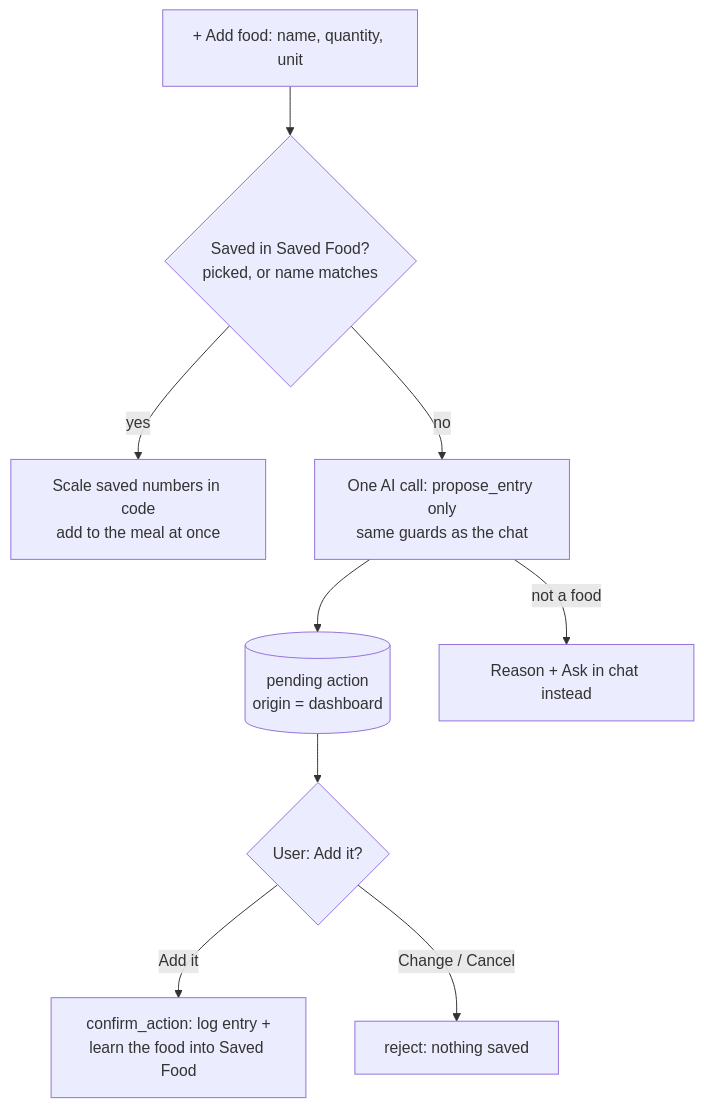
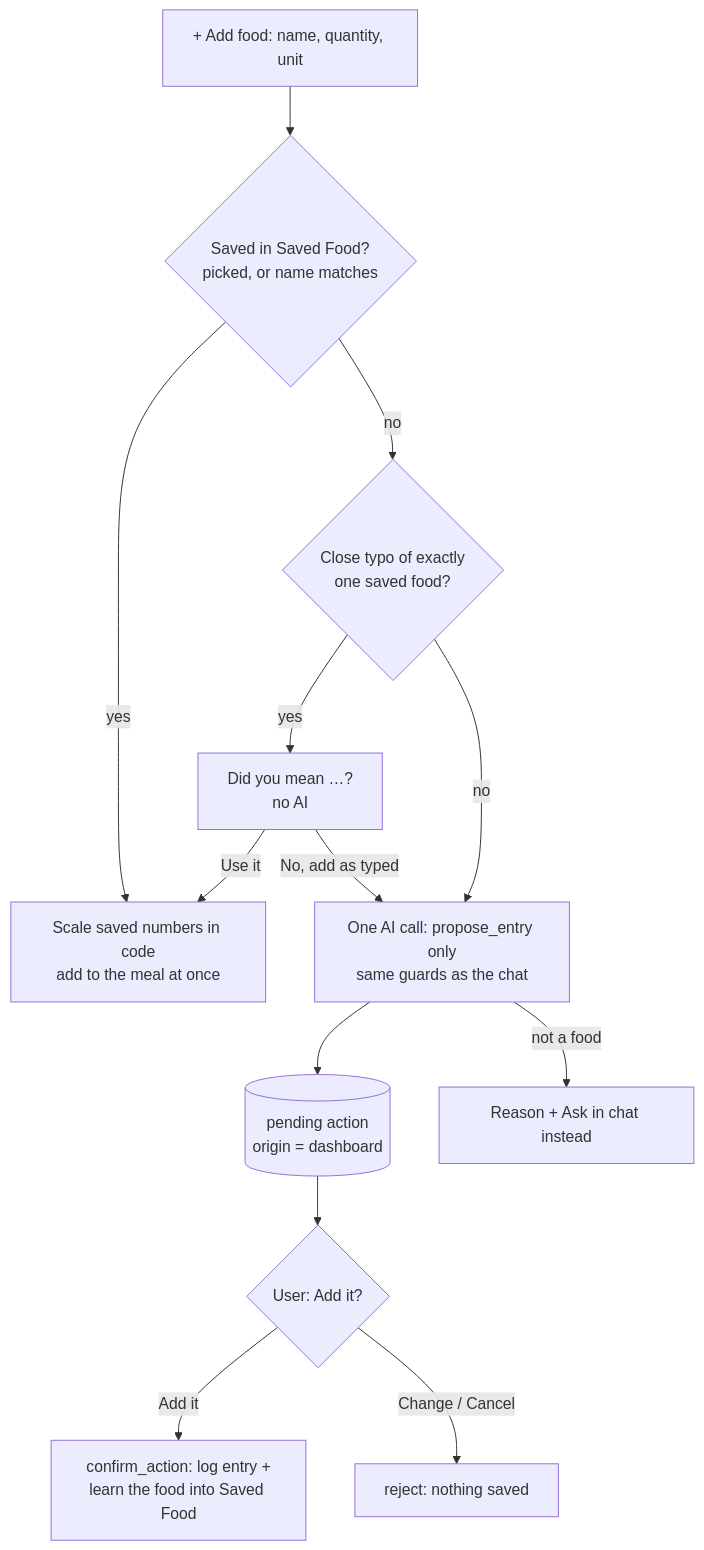
The eighth of 9 diagrams in docs/hld.md (NeoAnushka21/tracker_poc), drawn with Mermaid before and after one commit. The commit also changed other lines of this file and 11 other files, not shown here.

First line of the commit message:
Typo-tolerant food names and meal words, handled in plain Python

````diff
--- a/docs/hld.md
+++ b/docs/hld.md
@@ -182,11 +182,15 @@
 ```mermaid
 flowchart TD
     A[+ Add food: name, quantity, unit] --> M{Saved in Saved Food?<br/>picked, or name matches}
     M -->|yes| S[Scale saved numbers in code<br/>add to the meal at once]
-    M -->|no| L[One AI call: propose_entry only<br/>same guards as the chat]
+    M -->|no| T{Close typo of exactly<br/>one saved food?}
+    T -->|yes| D[Did you mean …?<br/>no AI]
+    D -->|Use it| S
+    D -->|No, add as typed| L
+    T -->|no| L[One AI call: propose_entry only<br/>same guards as the chat]
     L --> P[(pending action<br/>origin = dashboard)]
     P --> C{User: Add it?}
     C -->|Add it| W[confirm_action: log entry +<br/>learn the food into Saved Food]
     C -->|Change / Cancel| R[reject: nothing saved]
     L -->|not a food| Q[Reason + Ask in chat instead]
 ```
````
